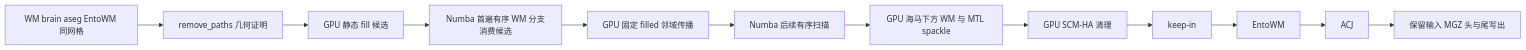
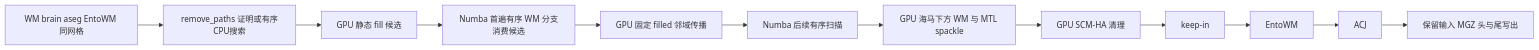
One commit to weikanggong1/Fudan-Neuroimaging-toolkit changed the diagram in docs/recon_all/WM_ASEG_TORCH.md. Above: the diagram before and after it, drawn with Mermaid. The commit also changed other lines of this file and 3083 other files, not shown here.

````diff
--- a/docs/recon_all/WM_ASEG_TORCH.md
+++ b/docs/recon_all/WM_ASEG_TORCH.md
@@ -12,14 +12,14 @@
 ```mermaid
 flowchart LR
-    A[WM brain aseg EntoWM 同网格] --> B[remove_paths 几何证明]
+    A[WM brain aseg EntoWM 同网格] --> B[remove_paths 证明或有序CPU搜索]
     B --> C[GPU 静态 fill 候选]
     C --> D[Numba 首遍有序 WM 分支消费候选]
     D --> E[GPU 固定 filled 邻域传播]
     E --> K[Numba 后续有序扫描]
     K --> L[GPU 海马下方 WM 与 MTL spackle]
     L --> F[GPU SCM-HA 清理]
     F --> G[keep-in]
     G --> H[EntoWM]
     H --> I[ACJ]
     I --> J[保留输入 MGZ 头与尾写出]
 ```
````
